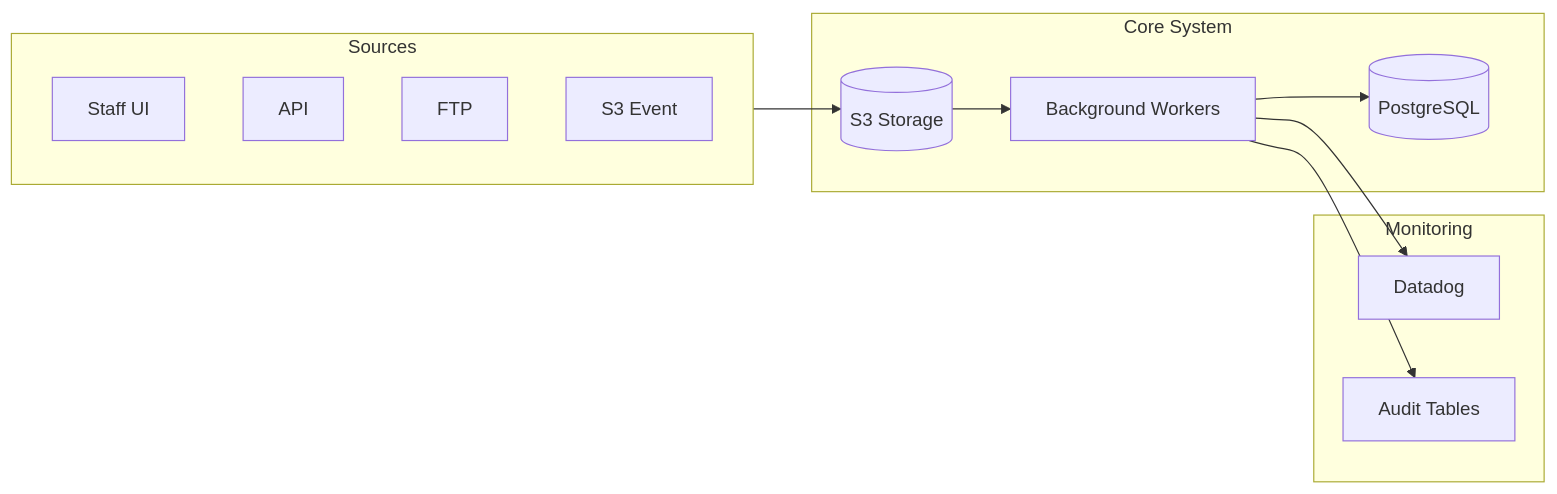
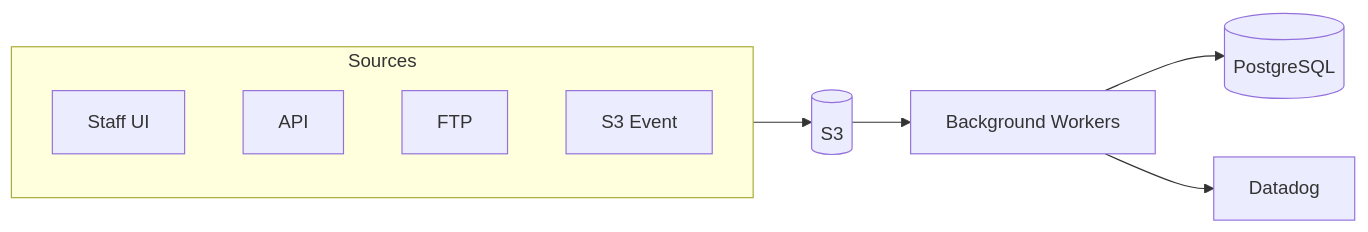
Before and after one commit to navapbc/oscer: the first of 5 diagrams in docs/architecture/batch-upload/README.md, drawn with Mermaid. The commit also changed other lines of this file and 4 other files, not shown here.

````diff
--- a/docs/architecture/batch-upload/README.md
+++ b/docs/architecture/batch-upload/README.md
@@ -20,26 +15,10 @@
 ```mermaid
 flowchart LR
     subgraph sources [Sources]
-        UI[Staff UI]
-        API[API]
-        FTP[FTP]
-        S3E[S3 Event]
+        UI[Staff UI] & API[API] & FTP[FTP] & S3E[S3 Event]
     end
-
-    subgraph core [Core System]
-        S3[(S3 Storage)]
-        Workers[Background Workers]
-        DB[(PostgreSQL)]
-    end
-
-    subgraph monitoring [Monitoring]
-        APM[Datadog]
-        Audit[Audit Tables]
-    end
-
-    sources --> S3
-    S3 --> Workers
-    Workers --> DB
-    Workers --> APM
-    Workers --> Audit
+    sources --> S3[(S3)]
+    S3 --> Workers[Background Workers]
+    Workers --> DB[(PostgreSQL)]
+    Workers --> APM[Datadog]
 ```
````
